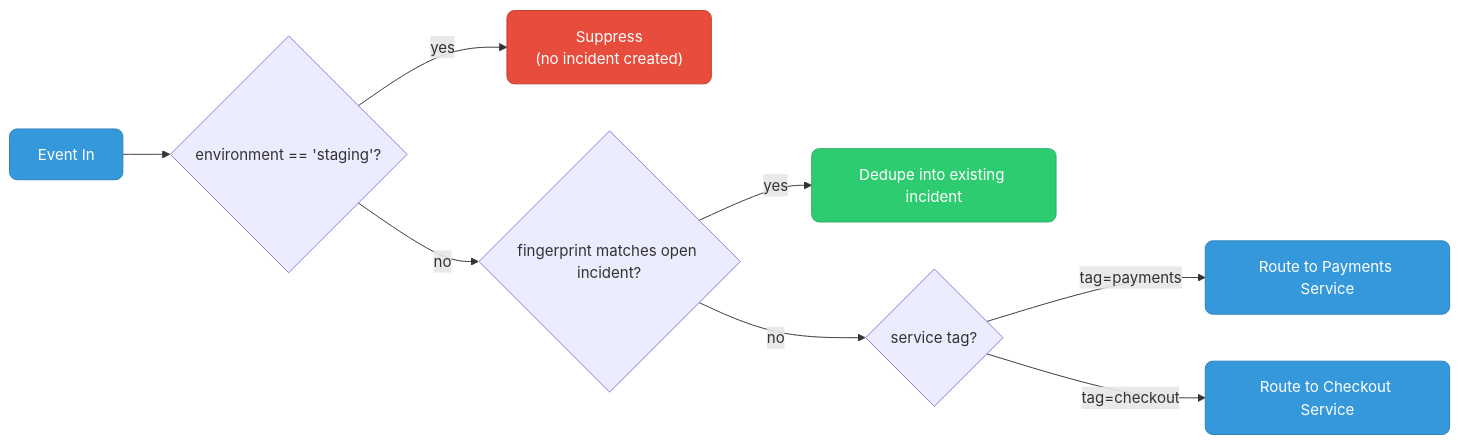
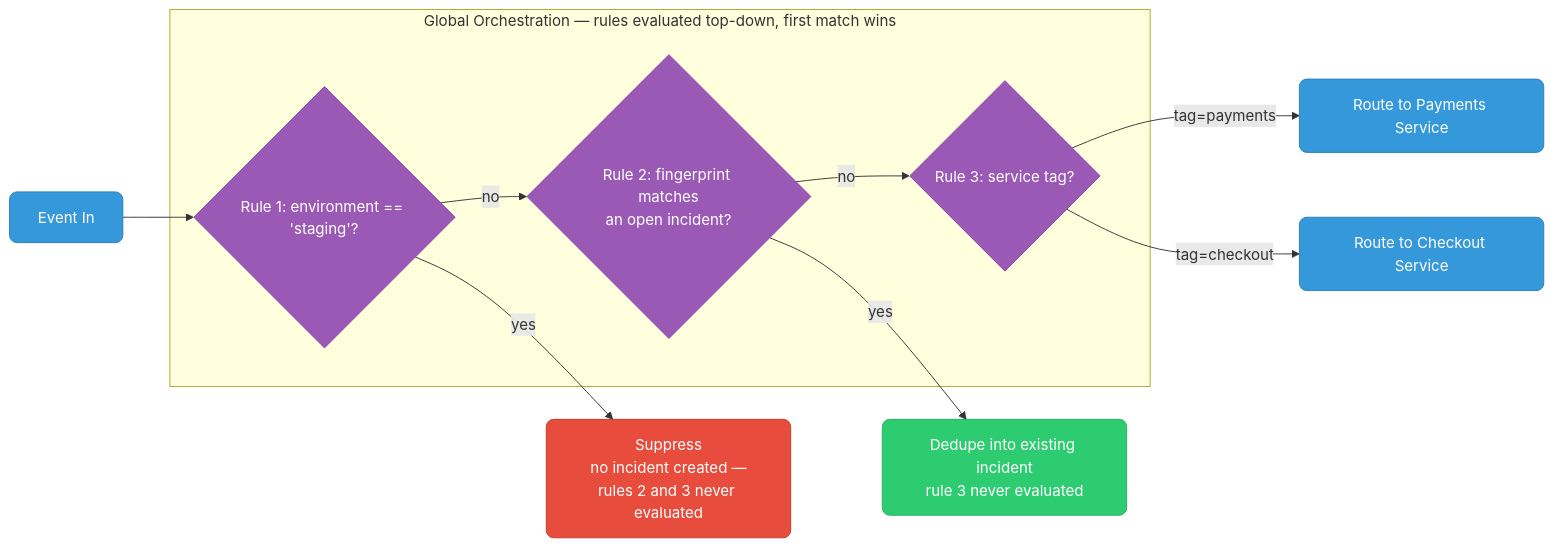
Before and after one commit to deepanshu-rawat6/DevOpsIndex: the third of 7 diagrams in sre/oncall-tooling.md, drawn with Mermaid. The commit also changed other lines of this file and 7 other files, not shown here.

````diff
--- a/sre/oncall-tooling.md
+++ b/sre/oncall-tooling.md
@@ -120,14 +165,22 @@
 ```mermaid
 flowchart LR
     classDef blue fill:#3498db,stroke:#2980b9,color:#fff,rx:8
     classDef red fill:#e74c3c,stroke:#c0392b,color:#fff,rx:8
     classDef green fill:#2ecc71,stroke:#27ae60,color:#fff,rx:8
+    classDef purple fill:#9b59b6,stroke:#8e44ad,color:#fff,rx:8
 
-    IN["Event In"]:::blue --> R1{"environment == 'staging'?"}
-    R1 -->|yes| SUP["Suppress<br>(no incident created)"]:::red
-    R1 -->|no| R2{"fingerprint matches open incident?"}
-    R2 -->|yes| DEDUPE["Dedupe into existing incident"]:::green
-    R2 -->|no| R3{"service tag?"}
+    IN["Event In"]:::blue --> R1
+
+    subgraph ORCH["Global Orchestration — rules evaluated top-down, first match wins"]
+        R1{"Rule 1: environment == 'staging'?"}:::purple
+        R2{"Rule 2: fingerprint matches<br>an open incident?"}:::purple
+        R3{"Rule 3: service tag?"}:::purple
+    end
+
+    R1 -->|yes| SUP["Suppress<br>no incident created —<br>rules 2 and 3 never evaluated"]:::red
+    R1 -->|no| R2
+    R2 -->|yes| DEDUPE["Dedupe into existing incident<br>rule 3 never evaluated"]:::green
+    R2 -->|no| R3
     R3 -->|"tag=payments"| SVC1["Route to Payments Service"]:::blue
     R3 -->|"tag=checkout"| SVC2["Route to Checkout Service"]:::blue
 ```
````
